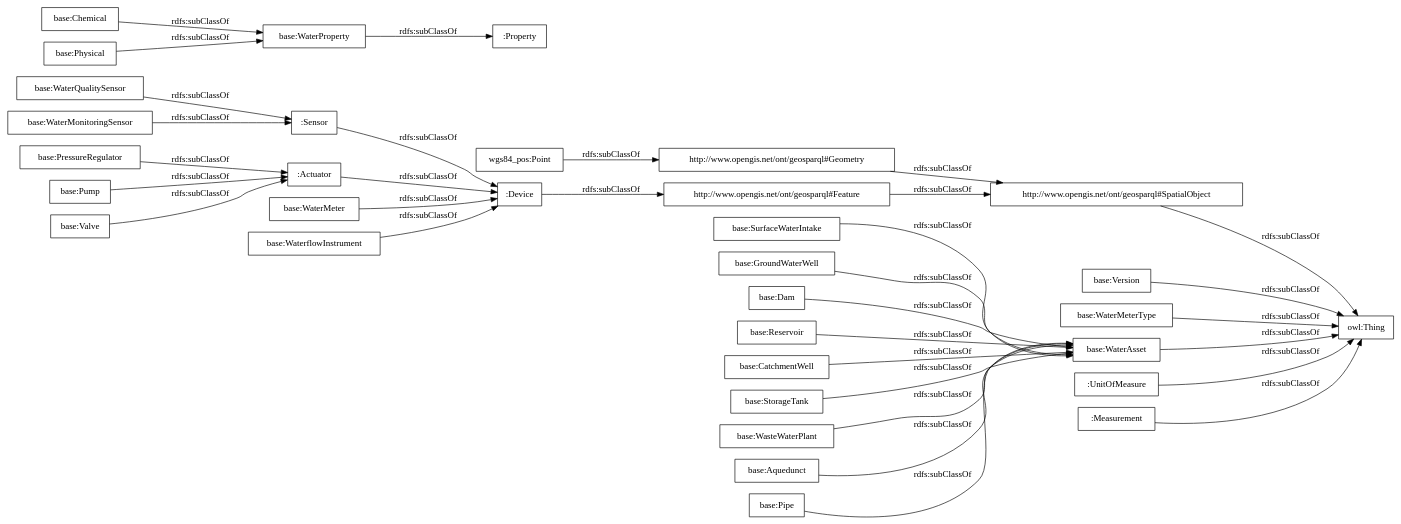
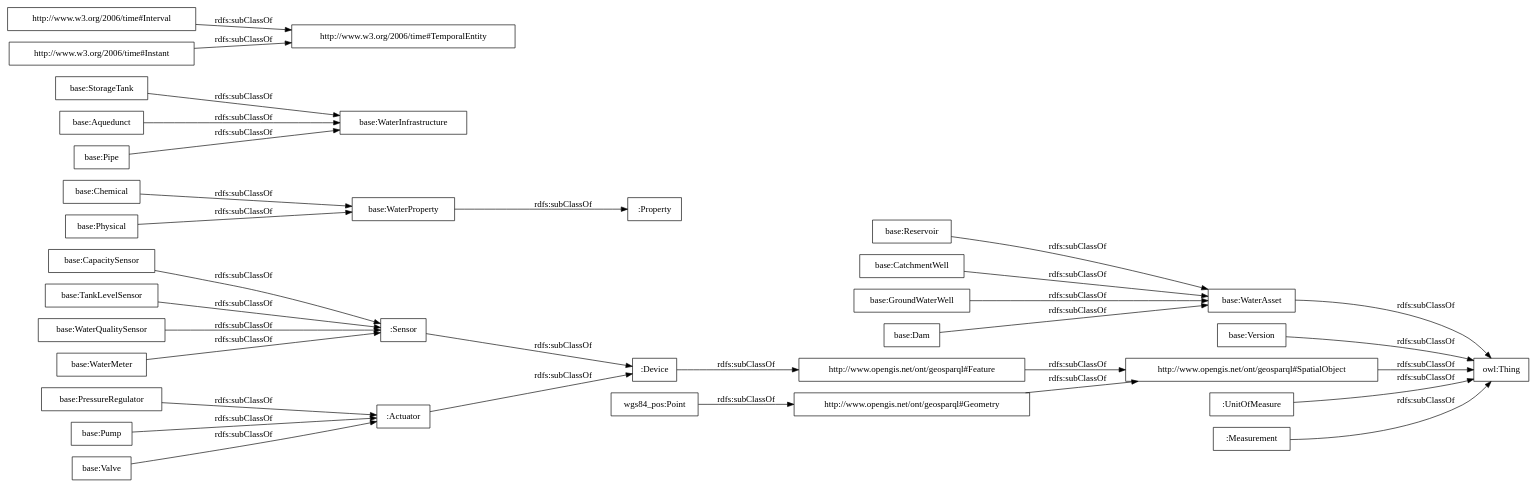
Before and after one commit to tiwari2019/S4WATR-1: the diagram in OnToology/S4Water.owl/diagrams/ar2dtool-taxonomy/S4Water.owl.png.dot, drawn with Graphviz. The commit also changed 13 other files, not shown here.

```diff
--- a/OnToology/S4Water.owl/diagrams/ar2dtool-taxonomy/S4Water.owl.png.dot
+++ b/OnToology/S4Water.owl/diagrams/ar2dtool-taxonomy/S4Water.owl.png.dot
@@ -1,37 +1,36 @@
 digraph ar2dtool_diagram { 
 rankdir=LR;
 size="1000"
-node [shape = rectangle, color="black"]; "base:PressureRegulator" "base:Version" "base:WaterProperty" "http://www.opengis.net/ont/geosparql#Feature" ":Property" "base:WaterMeterType" "base:GroundWaterWell" "base:Dam" "base:WaterAsset" "base:Reservoir" "base:CatchmentWell" ":Sensor" "base:WaterMeter" ":Device" "base:Pump" "base:StorageTank" "base:Valve" "base:WaterMonitoringSensor" "base:WasteWaterPlant" "http://www.opengis.net/ont/geosparql#SpatialObject" "base:Aquedunct" "http://www.opengis.net/ont/geosparql#Geometry" "base:WaterflowInstrument" "base:Pipe" ":UnitOfMeasure" "base:SurfaceWaterIntake" "wgs84_pos:Point" ":Measurement" "base:Chemical" "base:WaterQualitySensor" "base:Physical" ":Actuator" ; /*classes style*/
+node [shape = rectangle, color="black"]; "base:PressureRegulator" "base:Version" "base:WaterProperty" "http://www.opengis.net/ont/geosparql#Feature" ":Property" "base:GroundWaterWell" "base:Dam" "base:WaterAsset" "base:Reservoir" ":Sensor" "base:CatchmentWell" "base:WaterMeter" "base:WaterInfrastructure" ":Device" "base:Pump" "base:StorageTank" "base:Valve" "base:CapacitySensor" "base:TankLevelSensor" "http://www.w3.org/2006/time#Interval" "http://www.opengis.net/ont/geosparql#Geometry" "http://www.opengis.net/ont/geosparql#SpatialObject" "base:Aquedunct" "http://www.w3.org/2006/time#TemporalEntity" "base:Pipe" ":UnitOfMeasure" "wgs84_pos:Point" ":Measurement" "base:Chemical" "base:WaterQualitySensor" "base:Physical" "http://www.w3.org/2006/time#Instant" ":Actuator" ; /*classes style*/
 	":Measurement" -> "owl:Thing" [ label = "rdfs:subClassOf" ];
-	"base:WaterflowInstrument" -> ":Device" [ label = "rdfs:subClassOf" ];
+	":Sensor" -> ":Device" [ label = "rdfs:subClassOf" ];
 	"base:Reservoir" -> "base:WaterAsset" [ label = "rdfs:subClassOf" ];
-	"base:Pipe" -> "base:WaterAsset" [ label = "rdfs:subClassOf" ];
-	"base:WaterMonitoringSensor" -> ":Sensor" [ label = "rdfs:subClassOf" ];
+	"base:Pipe" -> "base:WaterInfrastructure" [ label = "rdfs:subClassOf" ];
 	"base:CatchmentWell" -> "base:WaterAsset" [ label = "rdfs:subClassOf" ];
-	"base:StorageTank" -> "base:WaterAsset" [ label = "rdfs:subClassOf" ];
-	"base:WaterMeter" -> ":Device" [ label = "rdfs:subClassOf" ];
+	"base:StorageTank" -> "base:WaterInfrastructure" [ label = "rdfs:subClassOf" ];
+	"base:WaterMeter" -> ":Sensor" [ label = "rdfs:subClassOf" ];
 	"base:Dam" -> "base:WaterAsset" [ label = "rdfs:subClassOf" ];
 	"base:WaterAsset" -> "owl:Thing" [ label = "rdfs:subClassOf" ];
+	"http://www.w3.org/2006/time#Interval" -> "http://www.w3.org/2006/time#TemporalEntity" [ label = "rdfs:subClassOf" ];
 	"base:GroundWaterWell" -> "base:WaterAsset" [ label = "rdfs:subClassOf" ];
 	"base:PressureRegulator" -> ":Actuator" [ label = "rdfs:subClassOf" ];
-	"base:WaterMeterType" -> "owl:Thing" [ label = "rdfs:subClassOf" ];
-	"base:Aquedunct" -> "base:WaterAsset" [ label = "rdfs:subClassOf" ];
+	"base:CapacitySensor" -> ":Sensor" [ label = "rdfs:subClassOf" ];
+	"base:Aquedunct" -> "base:WaterInfrastructure" [ label = "rdfs:subClassOf" ];
 	"wgs84_pos:Point" -> "http://www.opengis.net/ont/geosparql#Geometry" [ label = "rdfs:subClassOf" ];
-	"base:SurfaceWaterIntake" -> "base:WaterAsset" [ label = "rdfs:subClassOf" ];
 	"http://www.opengis.net/ont/geosparql#Feature" -> "http://www.opengis.net/ont/geosparql#SpatialObject" [ label = "rdfs:subClassOf" ];
 	"base:Physical" -> "base:WaterProperty" [ label = "rdfs:subClassOf" ];
 	"http://www.opengis.net/ont/geosparql#SpatialObject" -> "owl:Thing" [ label = "rdfs:subClassOf" ];
 	":Actuator" -> ":Device" [ label = "rdfs:subClassOf" ];
+	"base:Valve" -> ":Actuator" [ label = "rdfs:subClassOf" ];
+	"base:WaterQualitySensor" -> ":Sensor" [ label = "rdfs:subClassOf" ];
 	"base:WaterProperty" -> ":Property" [ label = "rdfs:subClassOf" ];
-	"base:WaterQualitySensor" -> ":Sensor" [ label = "rdfs:subClassOf" ];
-	"base:Valve" -> ":Actuator" [ label = "rdfs:subClassOf" ];
+	"http://www.w3.org/2006/time#Instant" -> "http://www.w3.org/2006/time#TemporalEntity" [ label = "rdfs:subClassOf" ];
+	"base:TankLevelSensor" -> ":Sensor" [ label = "rdfs:subClassOf" ];
 	"http://www.opengis.net/ont/geosparql#Geometry" -> "http://www.opengis.net/ont/geosparql#SpatialObject" [ label = "rdfs:subClassOf" ];
 	"base:Chemical" -> "base:WaterProperty" [ label = "rdfs:subClassOf" ];
+	"base:Version" -> "owl:Thing" [ label = "rdfs:subClassOf" ];
+	"base:Pump" -> ":Actuator" [ label = "rdfs:subClassOf" ];
 	":UnitOfMeasure" -> "owl:Thing" [ label = "rdfs:subClassOf" ];
-	"base:Version" -> "owl:Thing" [ label = "rdfs:subClassOf" ];
-	"base:WasteWaterPlant" -> "base:WaterAsset" [ label = "rdfs:subClassOf" ];
-	"base:Pump" -> ":Actuator" [ label = "rdfs:subClassOf" ];
-	":Sensor" -> ":Device" [ label = "rdfs:subClassOf" ];
 	":Device" -> "http://www.opengis.net/ont/geosparql#Feature" [ label = "rdfs:subClassOf" ];
 
 }
```
